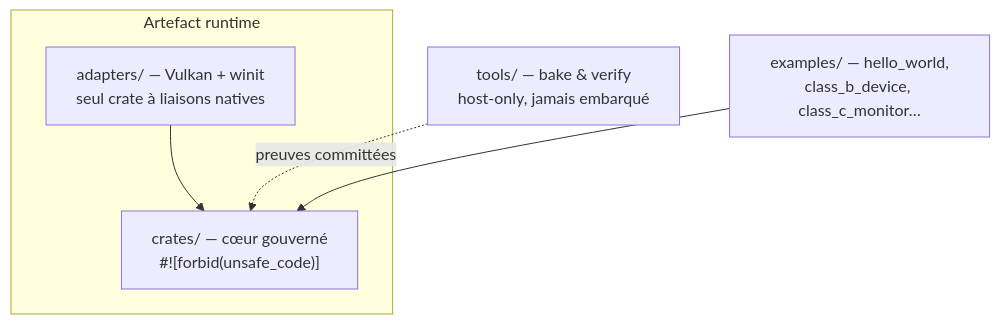
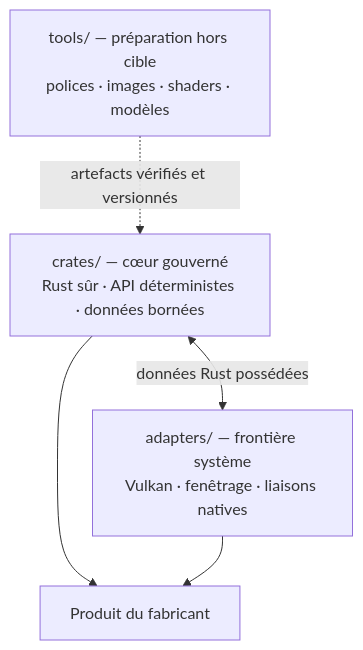
Before and after one commit to ambroise-leclerc/TrustSC: the second of 2 diagrams in README.md, drawn with Mermaid. The commit also changed other lines of this file and 1 other file, not shown here.

````diff
--- a/README.md
+++ b/README.md
@@ -61,8 +104,12 @@
 ```mermaid
-graph TD
-    subgraph runtime ["Artefact runtime"]
-        A["adapters/ — Vulkan + winit<br/>seul crate à liaisons natives"] --> C["crates/ — cœur gouverné<br/>#![forbid(unsafe_code)]"]
-    end
-    T["tools/ — bake &amp; verify<br/>host-only, jamais embarqué"] -. "preuves committées" .-> C
-    E["examples/ — hello_world,<br/>class_b_device, class_c_monitor…"] --> C
+flowchart TB
+    T["tools/ — préparation hors cible<br/>polices · images · shaders · modèles"]
+    G["crates/ — cœur gouverné<br/>Rust sûr · API déterministes · données bornées"]
+    A["adapters/ — frontière système<br/>Vulkan · fenêtrage · liaisons natives"]
+    P["Produit du fabricant"]
+
+    T -. "artefacts vérifiés et versionnés" .-> G
+    G --> P
+    A --> P
+    G <-->|"données Rust possédées"| A
 ```
````
